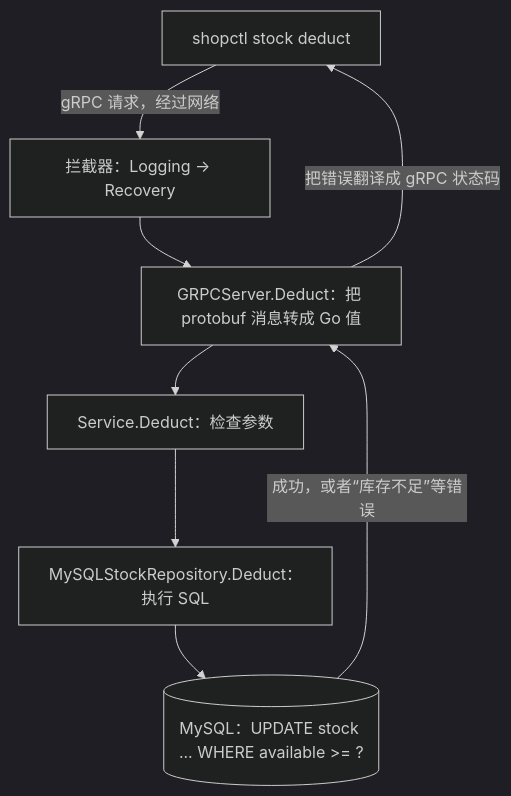
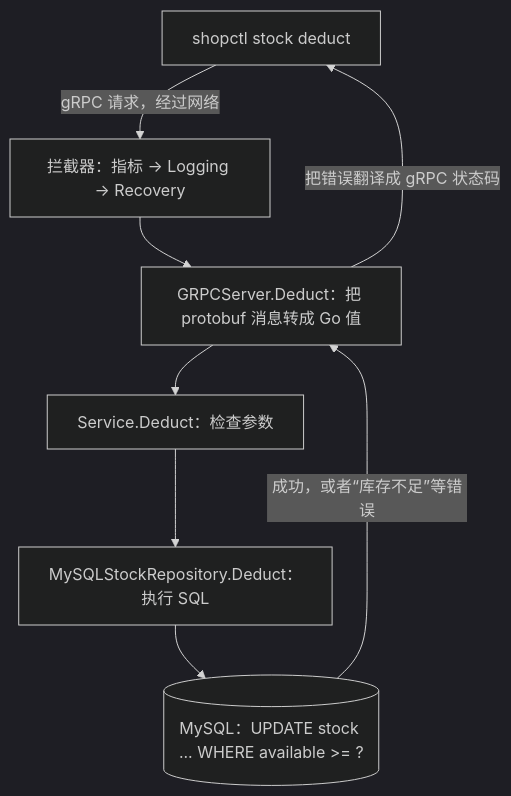
One commit to Li-Nepenthe/opsdoctor changed the second of 2 diagrams in docs/learn/phase-01-inventory.md. Above: the diagram before and after it, drawn with Mermaid (dark theme). The commit also changed other lines of this file, not shown here.

````diff
--- a/docs/learn/phase-01-inventory.md
+++ b/docs/learn/phase-01-inventory.md
@@ -48,10 +58,10 @@
 ```mermaid
 flowchart TD
-    A["shopctl stock deduct"] -->|gRPC 请求，经过网络| B["拦截器：Logging → Recovery"]
+    A["shopctl stock deduct"] -->|gRPC 请求，经过网络| B["拦截器：指标 → Logging → Recovery"]
     B --> C["GRPCServer.Deduct：把 protobuf 消息转成 Go 值"]
     C --> D["Service.Deduct：检查参数"]
     D --> E["MySQLStockRepository.Deduct：执行 SQL"]
     E --> F[("MySQL：UPDATE stock ... WHERE available >= ?")]
     F -->|"成功，或者“库存不足”等错误"| C
     C -->|"把错误翻译成 gRPC 状态码"| A
 ```
````
